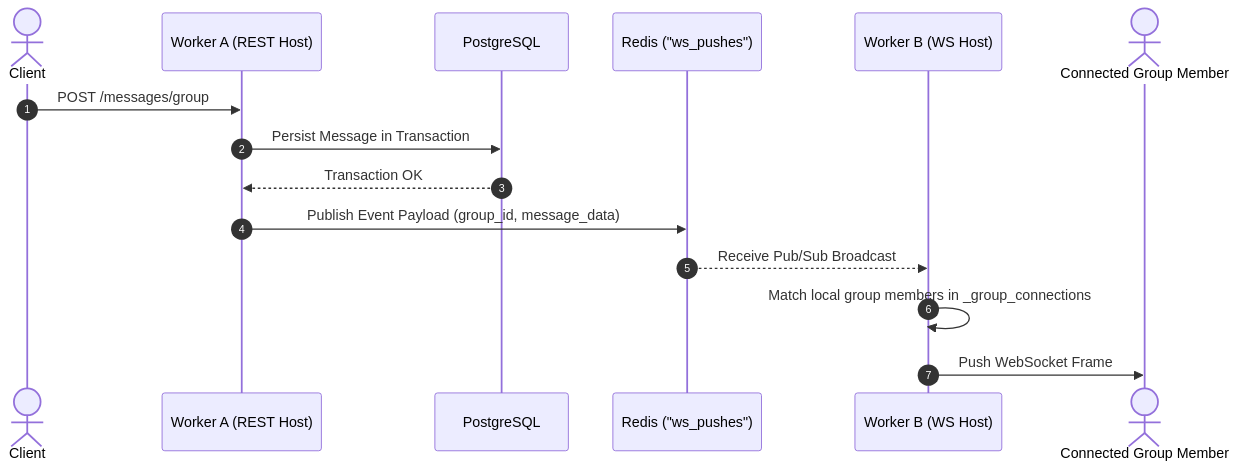
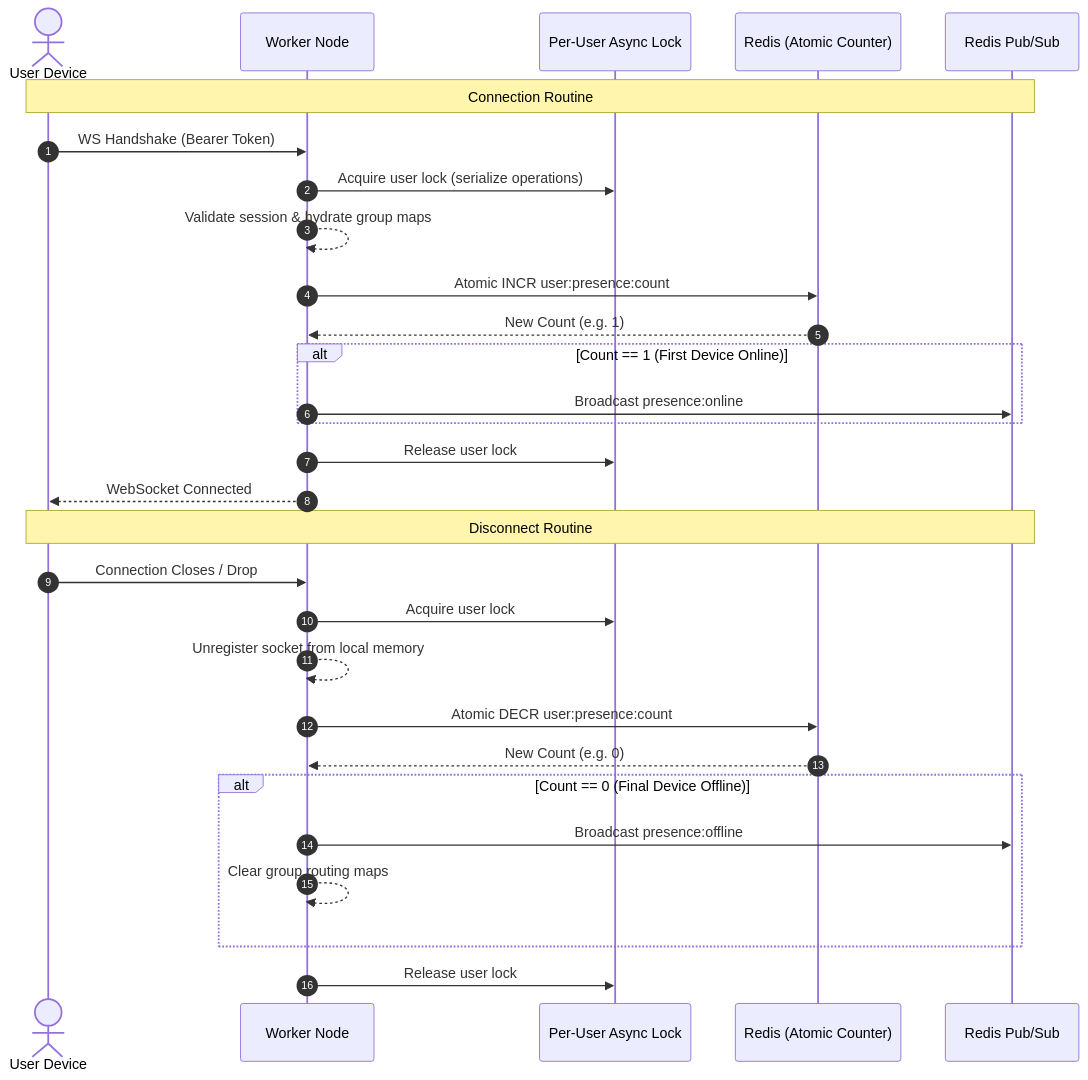
One commit to mariosman06/messenger-backend changed the third of 5 diagrams in README.md. Above: the diagram before and after it, drawn with Mermaid. The commit also changed other lines of this file, not shown here.

First line of the commit message:
docs(readme): comprehensive architecture rework, sequence diagrams, and concurrency analysis

````diff
--- a/README.md
+++ b/README.md
@@ -97,19 +133,33 @@
 ```mermaid
 sequenceDiagram
     autonumber
-    actor Client
-    participant WorkerA as Worker A (REST Host)
-    participant DB as PostgreSQL
-    participant Redis as Redis ("ws_pushes")
-    participant WorkerB as Worker B (WS Host)
-    actor WSClient as Connected Group Member
+    actor Client as User Device
+    participant W as Worker Node
+    participant Lock as Per-User Async Lock
+    participant Redis as Redis (Atomic Counter)
+    participant Bus as Redis Pub/Sub
 
-    Client->>WorkerA: POST /messages/group
-    WorkerA->>DB: Persist Message in Transaction
-    DB-->>WorkerA: Transaction OK
-    WorkerA->>Redis: Publish Event Payload (group_id, message_data)
-    Redis-->>WorkerB: Receive Pub/Sub Broadcast
-    WorkerB->>WorkerB: Match local group members in _group_connections
-    WorkerB->>WSClient: Push WebSocket Frame
+    Note over Client, Bus: Connection Routine
+    Client->>W: WS Handshake (Bearer Token)
+    W->>Lock: Acquire user lock (serialize operations)
+    W-->>W: Validate session & hydrate group maps
+    W->>Redis: Atomic INCR user:presence:count
+    Redis-->>W: New Count (e.g. 1)
+    alt Count == 1 (First Device Online)
+        W->>Bus: Broadcast presence:online
+    end
+    W->>Lock: Release user lock
+    W-->>Client: WebSocket Connected
 
+    Note over Client, Bus: Disconnect Routine
+    Client->>W: Connection Closes / Drop
+    W->>Lock: Acquire user lock
+    W-->>W: Unregister socket from local memory
+    W->>Redis: Atomic DECR user:presence:count
+    Redis-->>W: New Count (e.g. 0)
+    alt Count == 0 (Final Device Offline)
+        W->>Bus: Broadcast presence:offline
+        W-->>W: Clear group routing maps
+    end
+    W->>Lock: Release user lock
 ```
````
